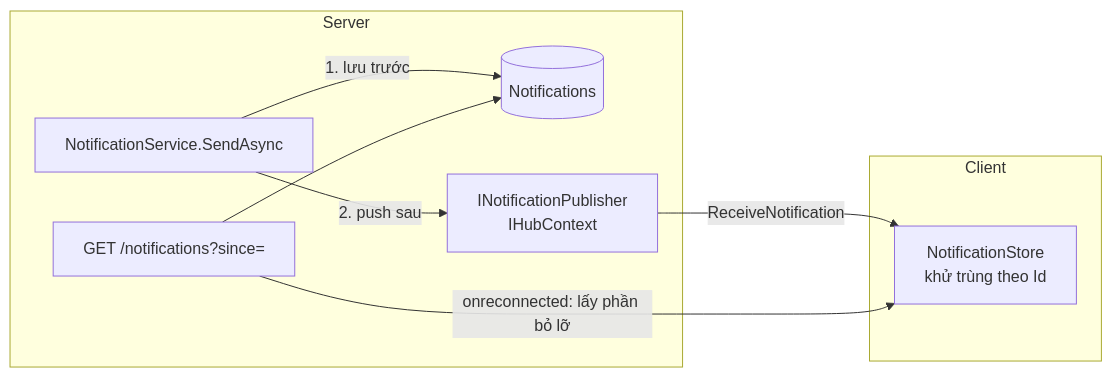
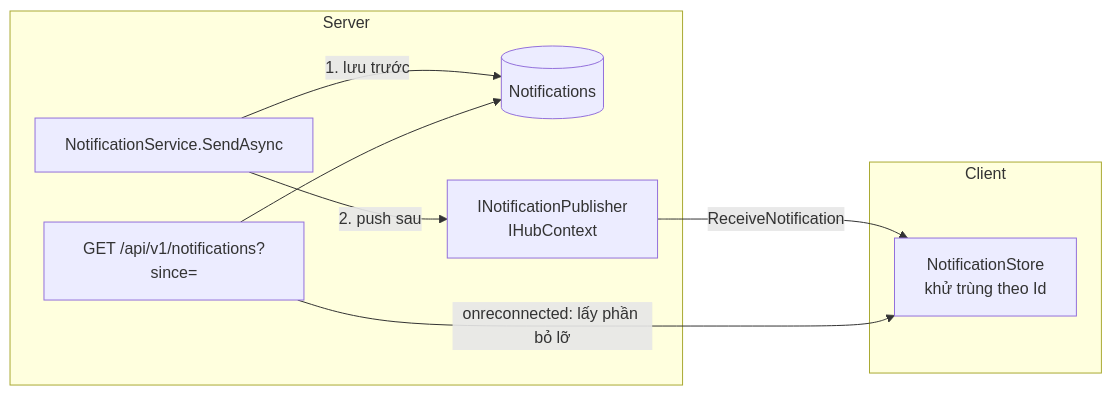
One commit to TienNHM/dotnet-course changed the diagram in lessons/stage-03-aspnet-core-backend/module-11-signalr/11.8-notification-center-pattern.md. Above: the diagram before and after it, drawn with Mermaid. The commit also changed other lines of this file and 30 other files, not shown here.

````diff
--- a/lessons/stage-03-aspnet-core-backend/module-11-signalr/11.8-notification-center-pattern.md
+++ b/lessons/stage-03-aspnet-core-backend/module-11-signalr/11.8-notification-center-pattern.md
@@ -206,13 +252,13 @@
 ```mermaid
 flowchart LR
     subgraph SV["Server"]
         NS["NotificationService.SendAsync"] -->|"1. lưu trước"| DB[("Notifications")]
         NS -->|"2. push sau"| HUB["INotificationPublisher<br/>IHubContext"]
-        API["GET /notifications?since="] --> DB
+        API["GET /api/v1/notifications?since="] --> DB
     end
     subgraph CL["Client"]
         ST["NotificationStore<br/>khử trùng theo Id"]
     end
     HUB -->|"ReceiveNotification"| ST
     API -->|"onreconnected: lấy phần bỏ lỡ"| ST
 ```
````
